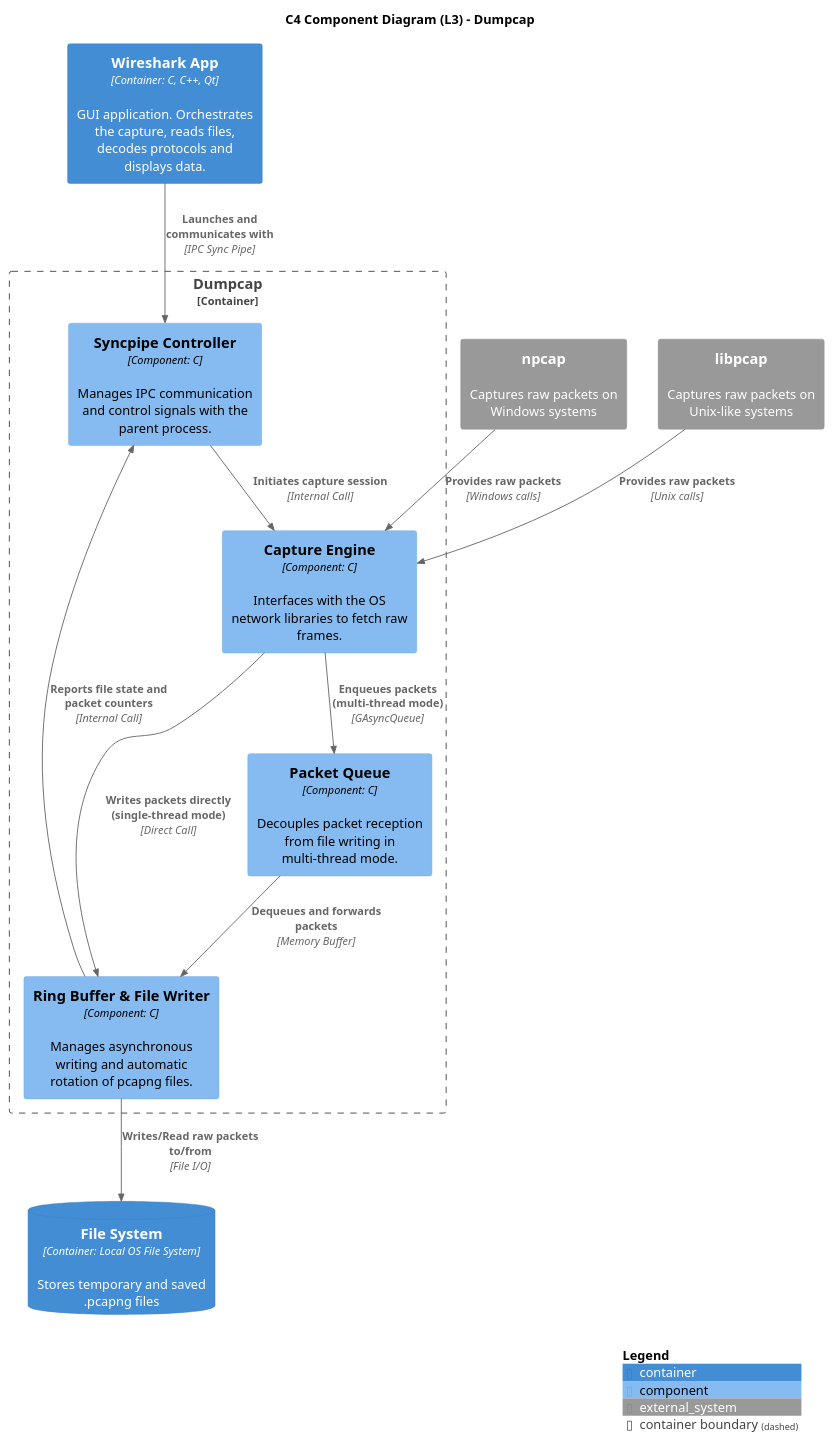
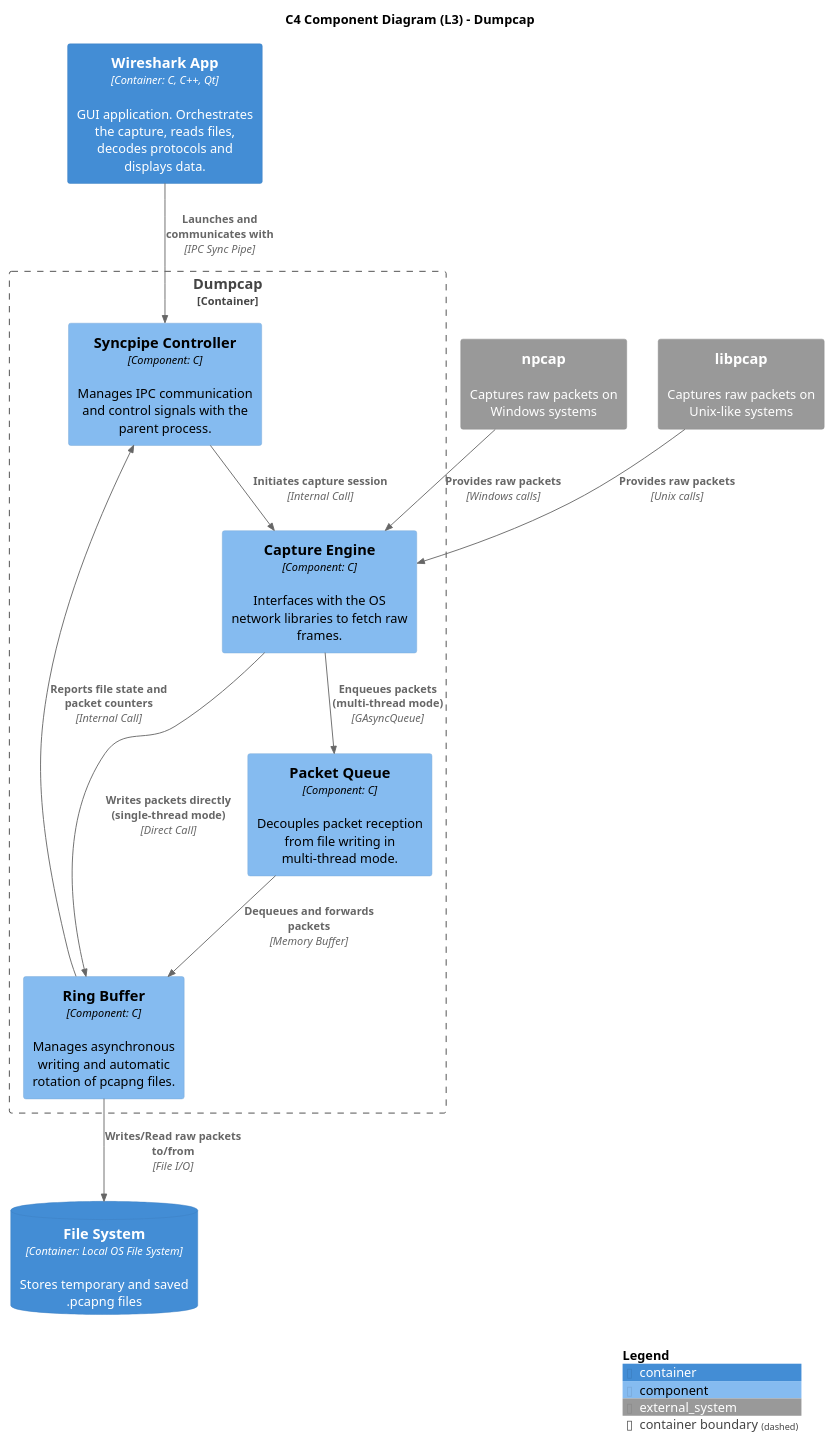
Before and after one commit to SDA-Team05/project-team05: the diagram in reports/architecture-diagrams/sketches/dumpcap_v2.puml, drawn with PlantUML. The commit also changed 3 other files, not shown here.

Commit message:
complete C1, C2, and C3 sections for dumpcap in Wireshark architectural analysis

```diff
--- a/reports/architecture-diagrams/sketches/dumpcap_v2.puml
+++ b/reports/architecture-diagrams/sketches/dumpcap_v2.puml
@@ -1,33 +1,33 @@
 @startuml C4_Elements_L3
 !include https://raw.githubusercontent.com/plantuml-stdlib/C4-PlantUML/master/C4_Component.puml
 
 title C4 Component Diagram (L3) - Dumpcap
 
 Container(wireshark, "Wireshark App", "Container: C, C++, Qt", "GUI application. Orchestrates the capture, reads files, decodes protocols and displays data.")
 ContainerDb(filesystem, "File System", "Container: Local OS File System", "Stores temporary and saved .pcapng files")
 System_Ext(npcap, "npcap", "Captures raw packets on Windows systems")
 System_Ext(libpcap, "libpcap", "Captures raw packets on Unix-like systems")
 
 Container_Boundary(dumpcap_res, "Dumpcap") {
 
     Component(sync_pipe, "Syncpipe Controller", "Component: C", "Manages IPC communication and control signals with the parent process.")
 
     Component(cap_eng, "Capture Engine", "Component: C", "Interfaces with the OS network libraries to fetch raw frames.")
 
     Component(packet_queue, "Packet Queue", "Component: C", "Decouples packet reception from file writing in multi-thread mode.")
 
-    Component(file_writer, "Ring Buffer & File Writer", "Component: C", "Manages asynchronous writing and automatic rotation of pcapng files.")
+    Component(file_writer, "Ring Buffer", "Component: C", "Manages asynchronous writing and automatic rotation of pcapng files.")
 }
 
 Rel(wireshark, sync_pipe, "Launches and communicates with", "IPC Sync Pipe")
 Rel(sync_pipe, cap_eng, "Initiates capture session", "Internal Call")
 Rel(npcap, cap_eng, "Provides raw packets", "Windows calls")
 Rel(libpcap, cap_eng, "Provides raw packets", "Unix calls")
 Rel(cap_eng, packet_queue, "Enqueues packets (multi-thread mode)", "GAsyncQueue")
 Rel(packet_queue, file_writer, "Dequeues and forwards packets", "Memory Buffer")
 Rel(cap_eng, file_writer, "Writes packets directly (single-thread mode)", "Direct Call")
 Rel(file_writer, sync_pipe, "Reports file state and packet counters", "Internal Call")
 Rel(file_writer, filesystem, "Writes/Read raw packets to/from", "File I/O")
 
 SHOW_LEGEND()
 @enduml
```
